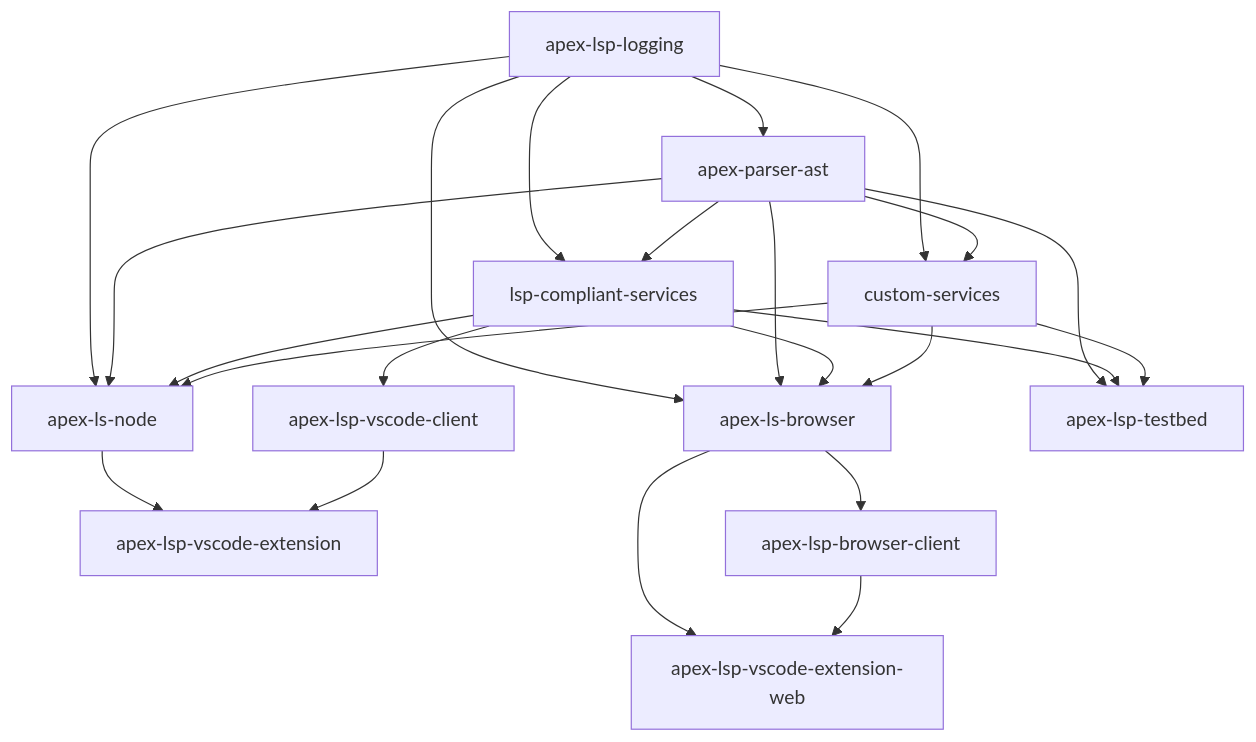
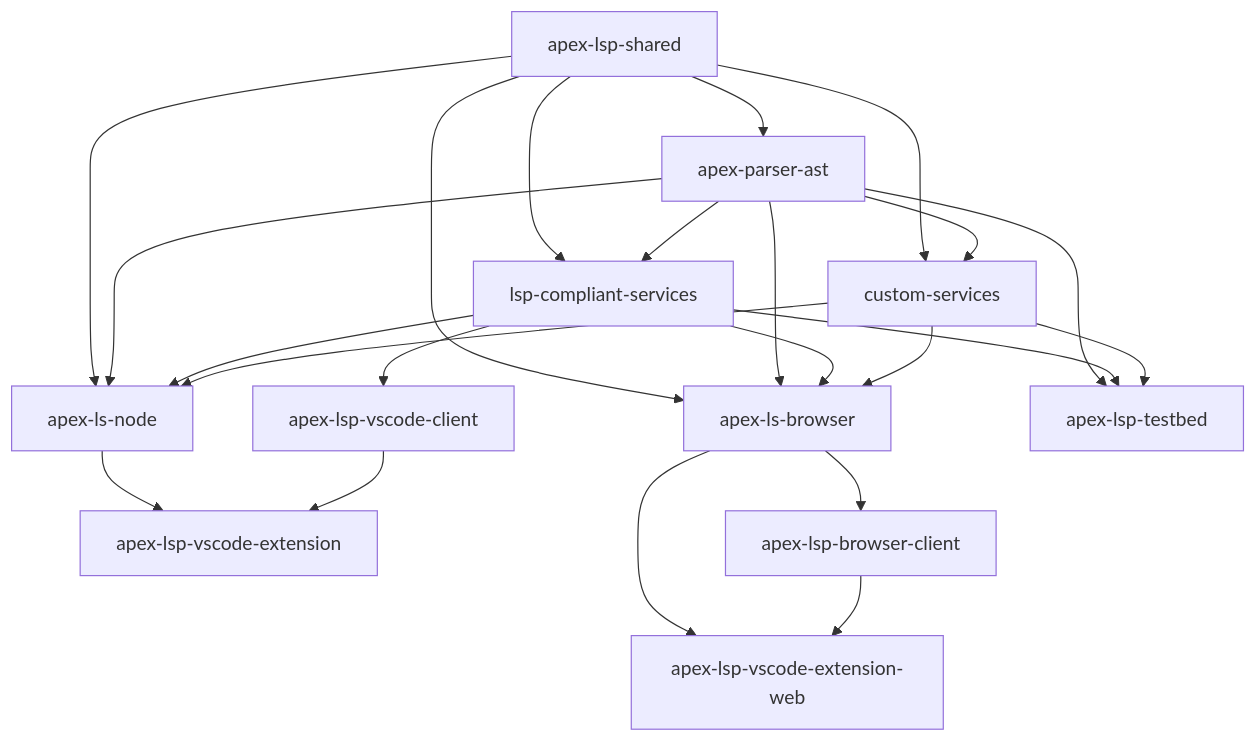
The diagram in CONTRIBUTING.md (forcedotcom/apex-language-support), drawn with Mermaid before and after one commit. The commit also changed other lines of this file and 103 other files, not shown here.

First line of the commit message:
chore: rename apex-lsp-logging to apex-lsp-shared

````diff
--- a/CONTRIBUTING.md
+++ b/CONTRIBUTING.md
@@ -207,31 +207,31 @@
 ```mermaid
 graph TD
-    A[apex-lsp-logging] --> B[apex-parser-ast]
+    A[apex-lsp-shared] --> B[apex-parser-ast]
     A --> C[lsp-compliant-services]
     A --> D[custom-services]
     A --> E[apex-ls-node]
     A --> F[apex-ls-browser]
 
     B --> C
     B --> D
     B --> E
     B --> F
 
     C --> E
     C --> F
     C --> G[apex-lsp-vscode-client]
 
     D --> E
     D --> F
 
     E --> H[apex-lsp-vscode-extension]
     F --> I[apex-lsp-browser-client]
     F --> J[apex-lsp-vscode-extension-web]
 
     G --> H
     I --> J
 
     B --> K[apex-lsp-testbed]
     C --> K
     D --> K
 ```
````
